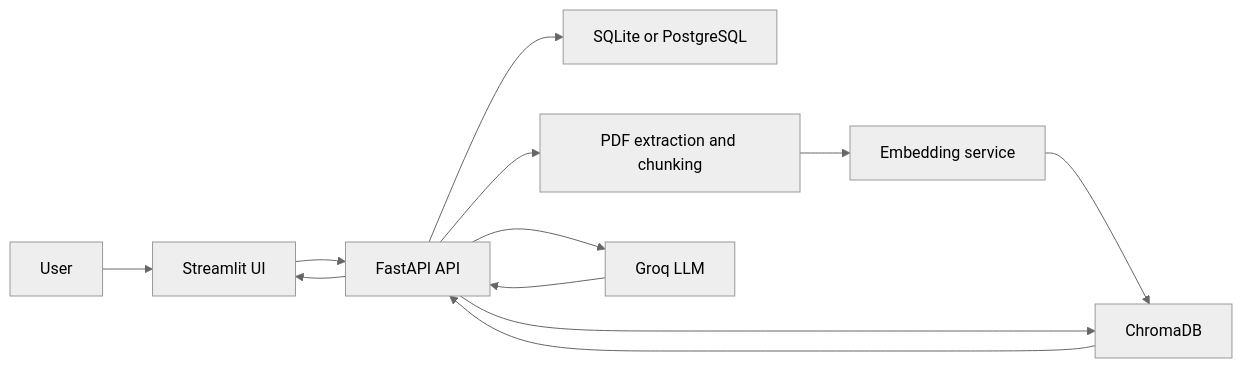
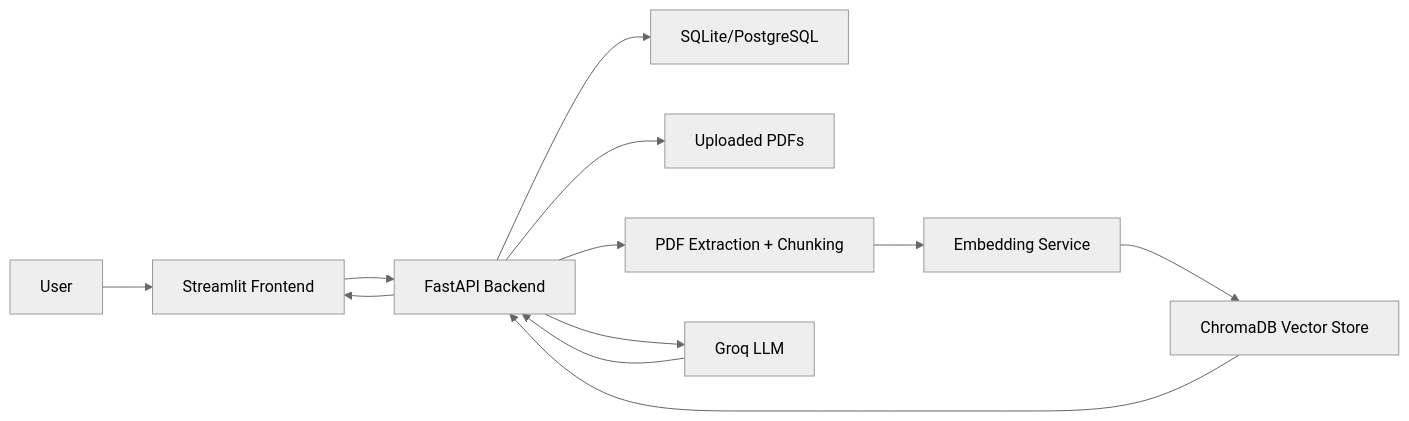
Before and after one commit to ArpitaGarg05/Domain-Knowledge-Copilot: the diagram in README.md, drawn with Mermaid (neutral theme). The commit also changed other lines of this file and 5 other files, not shown here.

````diff
--- a/README.md
+++ b/README.md
@@ -27,14 +36,14 @@
 ```mermaid
 flowchart LR
-    U["User"] --> F["Streamlit UI"]
-    F --> A["FastAPI API"]
-    A --> DB["SQLite or PostgreSQL"]
-    A --> P["PDF extraction and chunking"]
-    P --> E["Embedding service"]
-    E --> C["ChromaDB"]
-    A --> C
-    C --> A
-    A --> G["Groq LLM"]
-    G --> A
-    A --> F
+    User["User"] --> UI["Streamlit Frontend"]
+    UI --> API["FastAPI Backend"]
+    API --> DB["SQLite/PostgreSQL"]
+    API --> Files["Uploaded PDFs"]
+    API --> Extract["PDF Extraction + Chunking"]
+    Extract --> Embed["Embedding Service"]
+    Embed --> Chroma["ChromaDB Vector Store"]
+    API --> Groq["Groq LLM"]
+    Chroma --> API
+    Groq --> API
+    API --> UI
 ```
````
